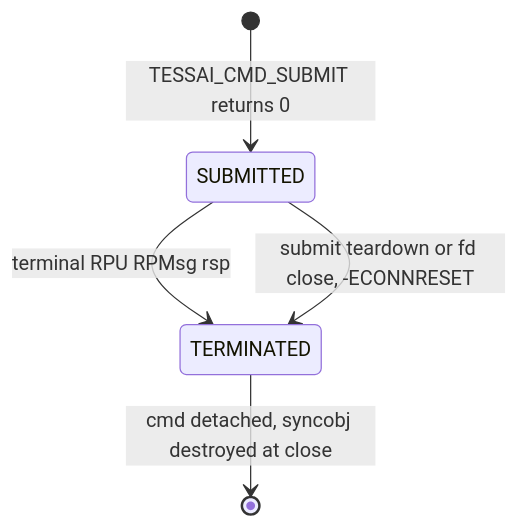
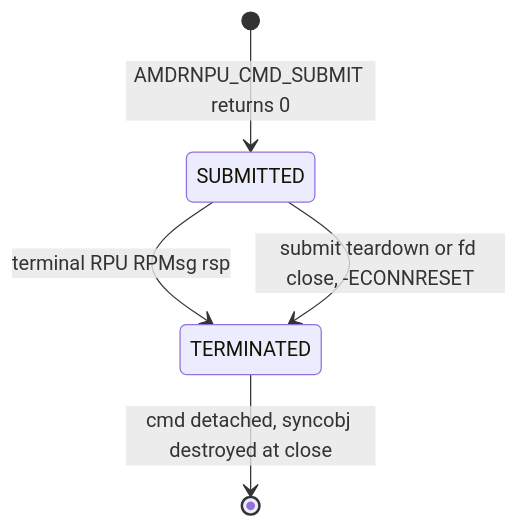
The first of 2 diagrams in docs/commands.md (Xilinx/amdrnpu), drawn with Mermaid before and after one commit. The commit also changed other lines of this file and 107 other files, not shown here.

Commit message:
Change all tessai references to amdrnpu

````diff
--- a/docs/commands.md
+++ b/docs/commands.md
@@ -32,7 +32,7 @@
 ```mermaid
 stateDiagram-v2
-    [*] --> SUBMITTED : TESSAI_CMD_SUBMIT returns 0
+    [*] --> SUBMITTED : AMDRNPU_CMD_SUBMIT returns 0
     SUBMITTED --> TERMINATED : terminal RPU RPMsg rsp
     SUBMITTED --> TERMINATED : submit teardown or fd close, -ECONNRESET
     TERMINATED --> [*] : cmd detached, syncobj destroyed at close
 ```
````
